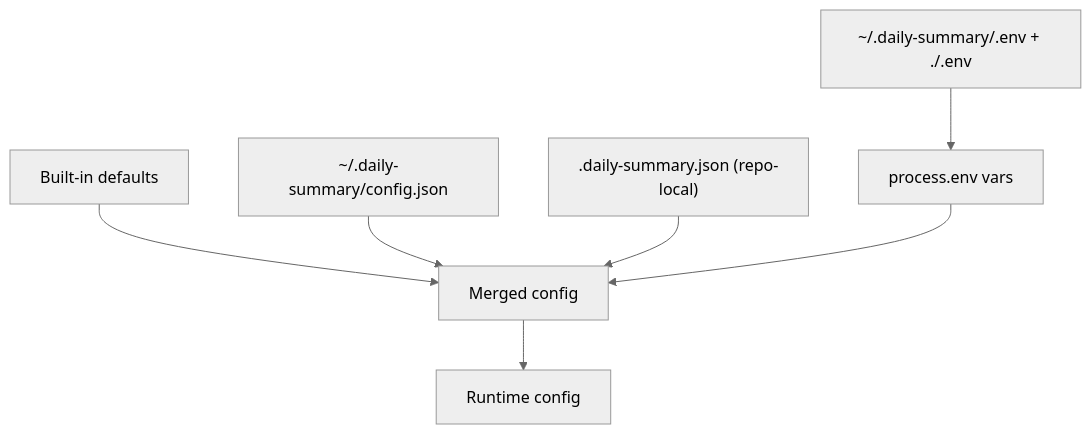
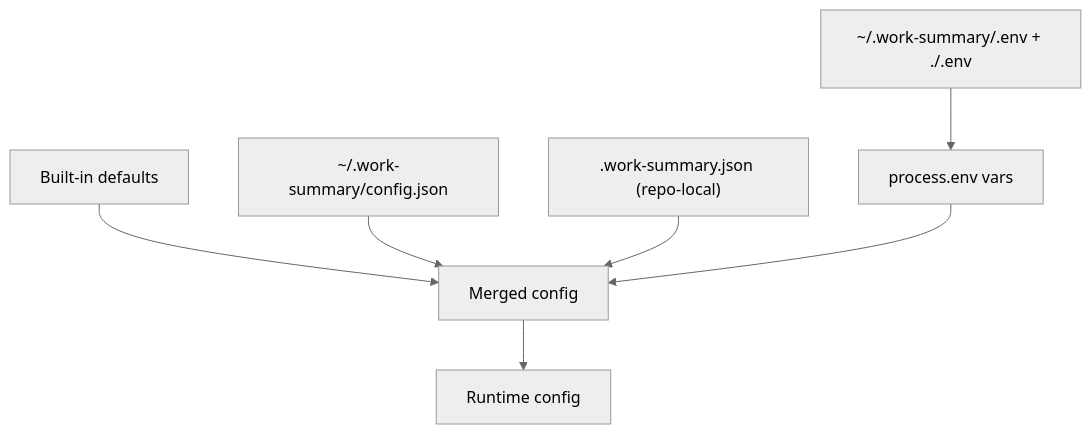
One commit to Vedant1202/work-summarizer changed the third of 4 diagrams in website/docs/introduction.md. Above: the diagram before and after it, drawn with Mermaid (neutral theme). The commit also changed other lines of this file and 22 other files, not shown here.

````diff
--- a/website/docs/introduction.md
+++ b/website/docs/introduction.md
@@ -72,9 +72,9 @@
 ```mermaid
 flowchart TD
   A["Built-in defaults"] --> F["Merged config"]
-  B["~/.daily-summary/config.json"] --> F
-  C[".daily-summary.json (repo-local)"] --> F
-  D["~/.daily-summary/.env + ./.env"] --> E["process.env vars"]
+  B["~/.work-summary/config.json"] --> F
+  C[".work-summary.json (repo-local)"] --> F
+  D["~/.work-summary/.env + ./.env"] --> E["process.env vars"]
   E --> F
   F --> G["Runtime config"]
 ```
````
